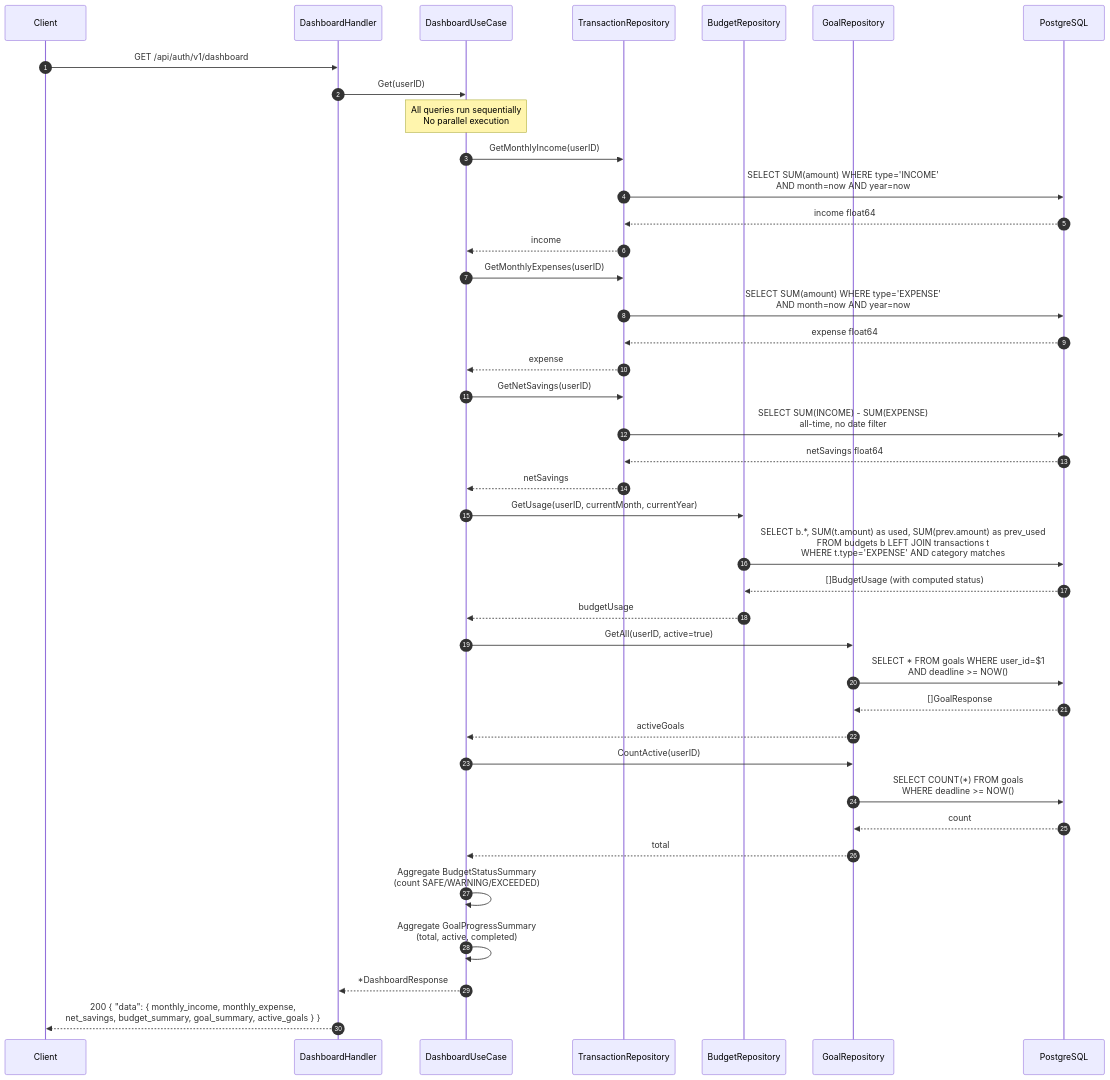
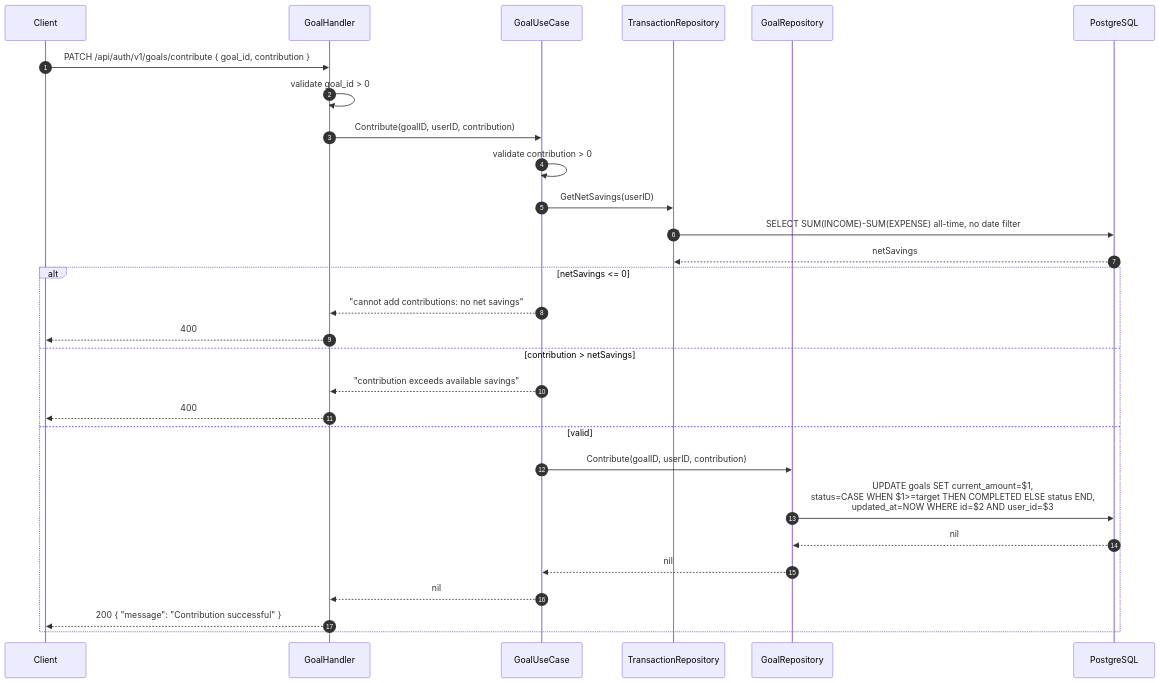
The fifth of 14 diagrams in docs/sequence-diagram.md (lewimb/financial-planning-golang), drawn with Mermaid before and after one commit. The commit also changed other lines of this file and 30 other files, not shown here.

Commit message:
docs: add documentation, OpenAPI specs, flowcharts, seeder tooling, and frontend guide

````diff
--- a/docs/sequence-diagram.md
+++ b/docs/sequence-diagram.md
@@ -145,50 +146,32 @@
 ```mermaid
 sequenceDiagram
     autonumber
     participant C as Client
-    participant H as DashboardHandler
-    participant UC as DashboardUseCase
+    participant H as GoalHandler
+    participant UC as GoalUseCase
     participant TR as TransactionRepository
-    participant BR as BudgetRepository
     participant GR as GoalRepository
     participant DB as PostgreSQL
 
-    C->>H: GET /api/auth/v1/dashboard
-    H->>UC: Get(userID)
-    Note over UC: All queries run sequentially<br/>No parallel execution
-
-    UC->>TR: GetMonthlyIncome(userID)
-    TR->>DB: SELECT SUM(amount) WHERE type='INCOME'<br/>AND month=now AND year=now
-    DB-->>TR: income float64
-    TR-->>UC: income
-
-    UC->>TR: GetMonthlyExpenses(userID)
-    TR->>DB: SELECT SUM(amount) WHERE type='EXPENSE'<br/>AND month=now AND year=now
-    DB-->>TR: expense float64
-    TR-->>UC: expense
-
+    C->>H: PATCH /api/auth/v1/goals/contribute { goal_id, contribution }
+    H->>H: validate goal_id > 0
+    H->>UC: Contribute(goalID, userID, contribution)
+    UC->>UC: validate contribution > 0
     UC->>TR: GetNetSavings(userID)
-    TR->>DB: SELECT SUM(INCOME) - SUM(EXPENSE)<br/>all-time, no date filter
-    DB-->>TR: netSavings float64
-    TR-->>UC: netSavings
-
-    UC->>BR: GetUsage(userID, currentMonth, currentYear)
-    BR->>DB: SELECT b.*, SUM(t.amount) as used, SUM(prev.amount) as prev_used<br/>FROM budgets b LEFT JOIN transactions t<br/>WHERE t.type='EXPENSE' AND category matches
-    DB-->>BR: []BudgetUsage (with computed status)
-    BR-->>UC: budgetUsage
-
-    UC->>GR: GetAll(userID, active=true)
-    GR->>DB: SELECT * FROM goals WHERE user_id=$1<br/>AND deadline >= NOW()
-    DB-->>GR: []GoalResponse
-    GR-->>UC: activeGoals
-
-    UC->>GR: CountActive(userID)
-    GR->>DB: SELECT COUNT(*) FROM goals<br/>WHERE deadline >= NOW()
-    DB-->>GR: count
-    GR-->>UC: total
-
-    UC->>UC: Aggregate BudgetStatusSummary<br/>(count SAFE/WARNING/EXCEEDED)
-    UC->>UC: Aggregate GoalProgressSummary<br/>(total, active, completed)
-    UC-->>H: *DashboardResponse
-    H-->>C: 200 { "data": { monthly_income, monthly_expense,<br/>net_savings, budget_summary, goal_summary, active_goals } }
+    TR->>DB: SELECT SUM(INCOME)-SUM(EXPENSE) all-time, no date filter
+    DB-->>TR: netSavings
+    alt netSavings <= 0
+        UC-->>H: "cannot add contributions: no net savings"
+        H-->>C: 400
+    else contribution > netSavings
+        UC-->>H: "contribution exceeds available savings"
+        H-->>C: 400
+    else valid
+        UC->>GR: Contribute(goalID, userID, contribution)
+        GR->>DB: UPDATE goals SET current_amount=$1,<br/>status=CASE WHEN $1>=target THEN COMPLETED ELSE status END,<br/>updated_at=NOW WHERE id=$2 AND user_id=$3
+        DB-->>GR: nil
+        GR-->>UC: nil
+        UC-->>H: nil
+        H-->>C: 200 { "message": "Contribution successful" }
+    end
 ```
````
